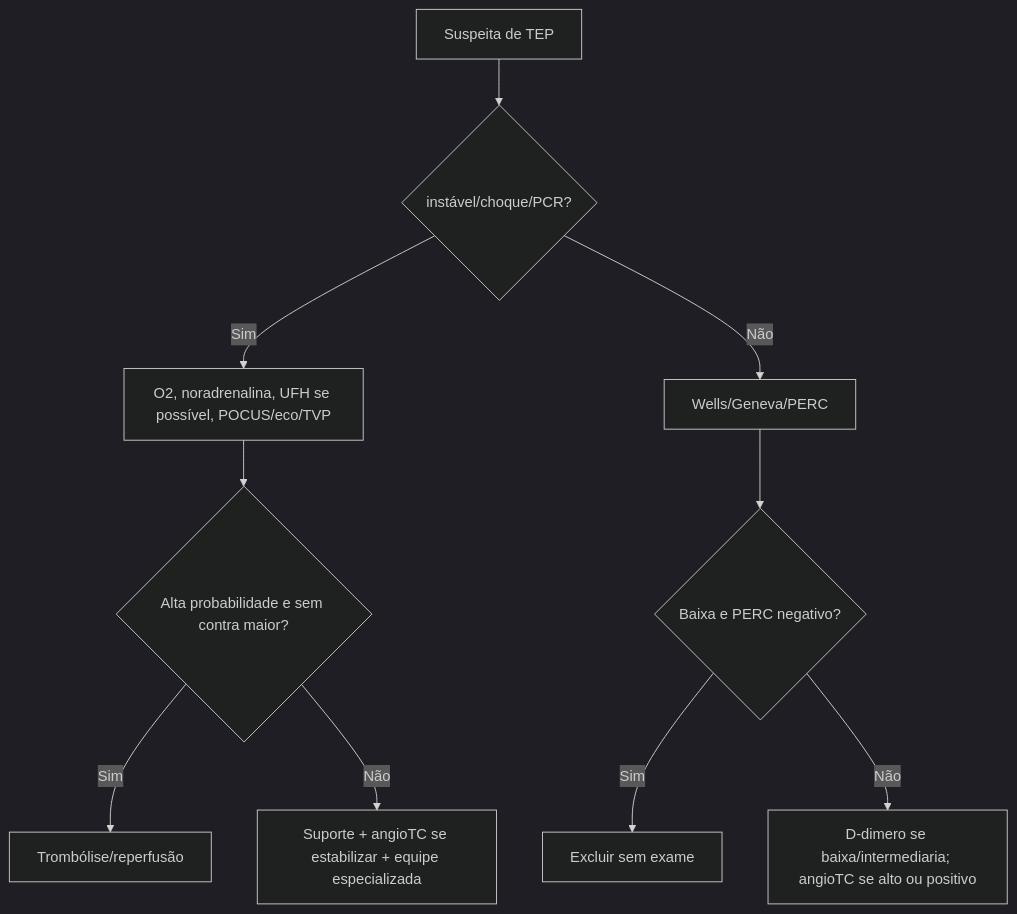
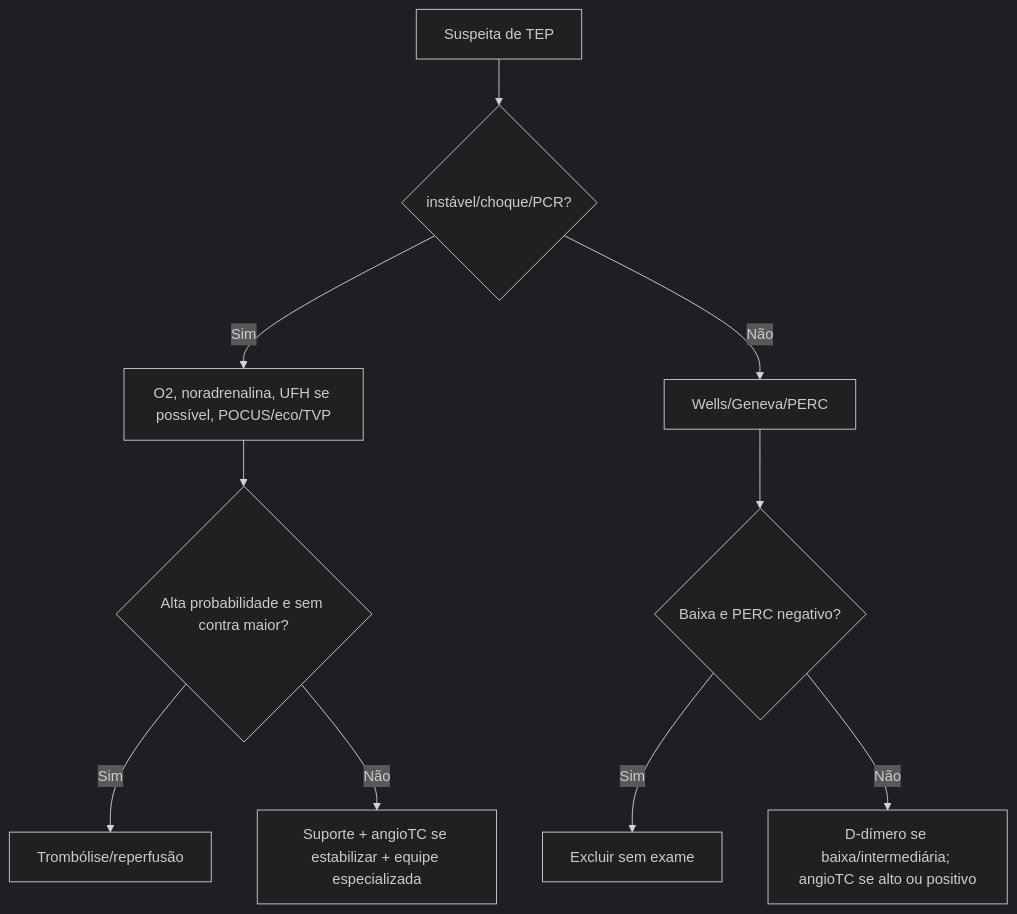
Before and after one commit to ThiagoPersona/emergencia26: the third of 4 diagrams in Intensivao/temas/012_emergencias-respiratorias.md, drawn with Mermaid (dark theme). The commit also changed other lines of this file and 10 other files, not shown here.

````diff
--- a/Intensivao/temas/012_emergencias-respiratorias.md
+++ b/Intensivao/temas/012_emergencias-respiratorias.md
@@ -290,12 +290,12 @@
 ```mermaid
 flowchart TD
     A[Suspeita de TEP] --> B{instável/choque/PCR?}
     B -->|Sim| C[O2, noradrenalina, UFH se possível, POCUS/eco/TVP]
     C --> D{Alta probabilidade e sem contra maior?}
     D -->|Sim| E[Trombólise/reperfusão]
     D -->|Não| F[Suporte + angioTC se estabilizar + equipe especializada]
     B -->|Não| G[Wells/Geneva/PERC]
     G --> H{Baixa e PERC negativo?}
     H -->|Sim| I[Excluir sem exame]
-    H -->|Não| J[D-dimero se baixa/intermediaria; angioTC se alto ou positivo]
+    H -->|Não| J[D-dímero se baixa/intermediária; angioTC se alto ou positivo]
 ```
````
